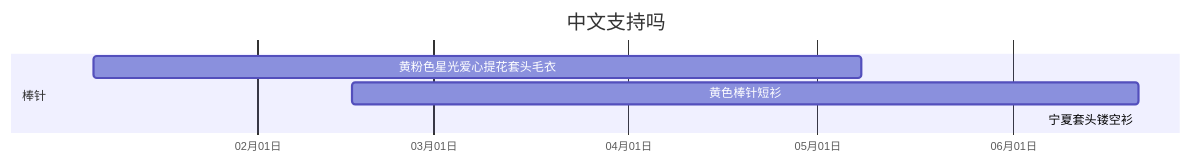
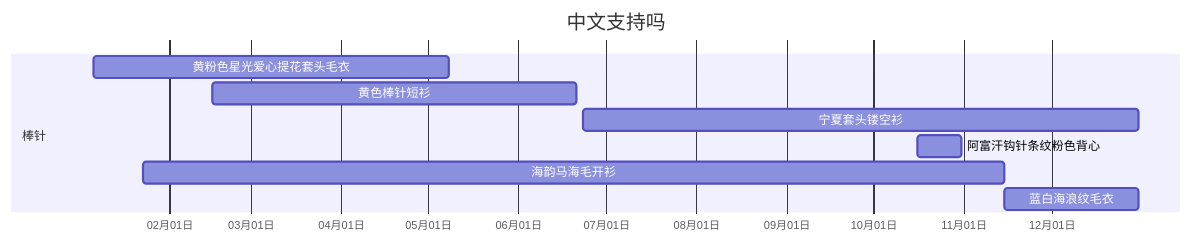
Before and after one commit to JiYouMCC/JiYouMCC.github.io: the diagram in _drafts/2022-1.md, drawn with Mermaid.

````diff
--- a/_drafts/2022-1.md
+++ b/_drafts/2022-1.md
@@ -1,10 +1,13 @@
 ```mermaid
 gantt
 title 中文支持吗
 dateFormat MM/DD
 axisFormat %m月%d日
 section 棒针
     黄粉色星光爱心提花套头毛衣   :2022-01-06, 122d
     黄色棒针短衫                :2022-02-16, 125d
-    宁夏套头镂空衫              :2022-06-23
+    宁夏套头镂空衫              :2022-06-23,191d
+    阿富汗钩针条纹粉色背心       :2022-10-16, 15d
+    海韵马海毛开衫              :2022-01-23, 296d
+    蓝白海浪纹毛衣              :2022-11-15, 46d 
 ```
````
